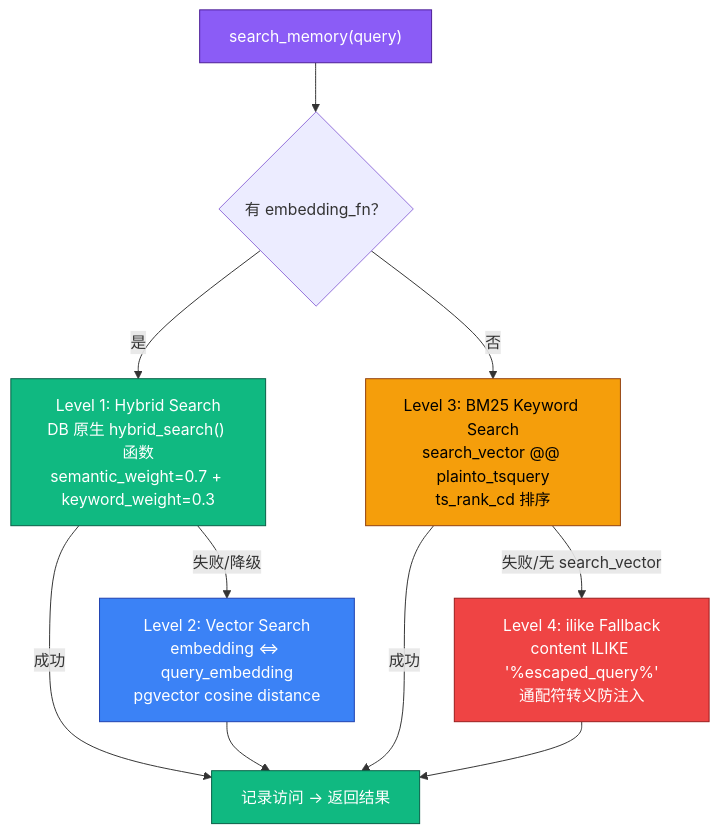
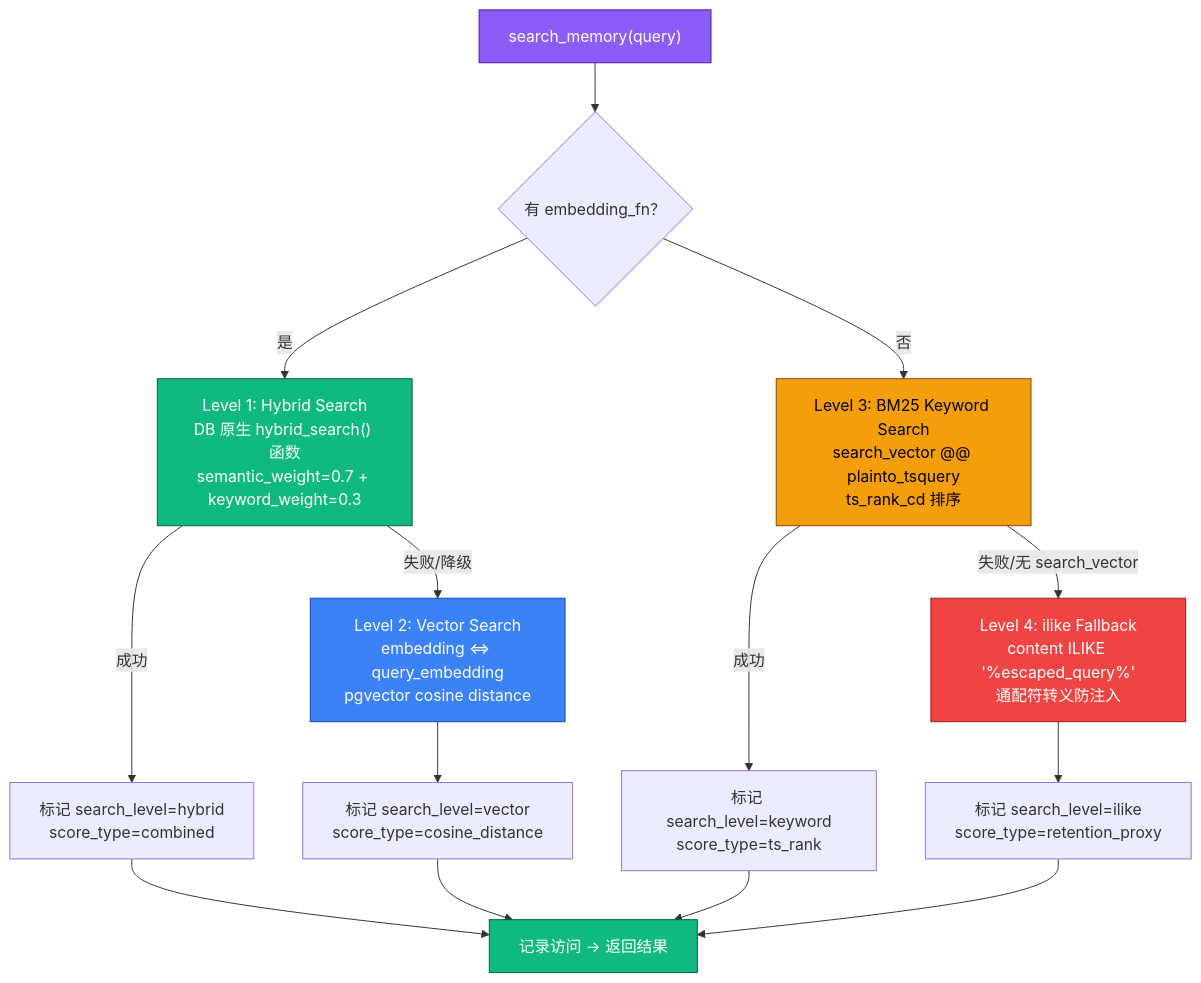
One commit to ThreeFish-AI/negentropy changed the ninth of 14 diagrams in docs/memory.md. Above: the diagram before and after it, drawn with Mermaid. The commit also changed other lines of this file and 480 other files, not shown here.

````diff
--- a/docs/memory.md
+++ b/docs/memory.md
@@ -559,28 +849,33 @@
 ```mermaid
 flowchart TD
     Q["search_memory(query)"] --> EMB{有 embedding_fn？}
 
     EMB -->|是| HYB["Level 1: Hybrid Search<br/>DB 原生 hybrid_search() 函数<br/>semantic_weight=0.7 + keyword_weight=0.3"]
-    HYB -->|成功| REC["记录访问 → 返回结果"]
+    HYB -->|成功| TAG["标记 search_level=hybrid<br/>score_type=combined"]
     HYB -->|失败/降级| VEC["Level 2: Vector Search<br/>embedding <=> query_embedding<br/>pgvector cosine distance"]
-    VEC --> REC
+    VEC --> TAG2["标记 search_level=vector<br/>score_type=cosine_distance"]
 
     EMB -->|否| BM25["Level 3: BM25 Keyword Search<br/>search_vector @@ plainto_tsquery<br/>ts_rank_cd 排序"]
-    BM25 -->|成功| REC
+    BM25 -->|成功| TAG3["标记 search_level=keyword<br/>score_type=ts_rank"]
     BM25 -->|失败/无 search_vector| ILK["Level 4: ilike Fallback<br/>content ILIKE '%escaped_query%'<br/>通配符转义防注入"]
-    ILK --> REC
+    ILK --> TAG4["标记 search_level=ilike<br/>score_type=retention_proxy"]
+
+    TAG --> REC["记录访问 → 返回结果"]
+    TAG2 --> REC
+    TAG3 --> REC
+    TAG4 --> REC
 
     classDef query fill:#8B5CF6,stroke:#4C1D95,color:#FFF
     classDef level1 fill:#10B981,stroke:#065F46,color:#FFF
     classDef level2 fill:#3B82F6,stroke:#1E40AF,color:#FFF
     classDef level3 fill:#F59E0B,stroke:#92400E,color:#000
     classDef level4 fill:#EF4444,stroke:#991B1B,color:#FFF
     classDef result fill:#10B981,stroke:#065F46,color:#FFF
 
     class Q query
     class HYB level1
     class VEC level2
     class BM25 level3
     class ILK level4
     class REC result
 ```
````
